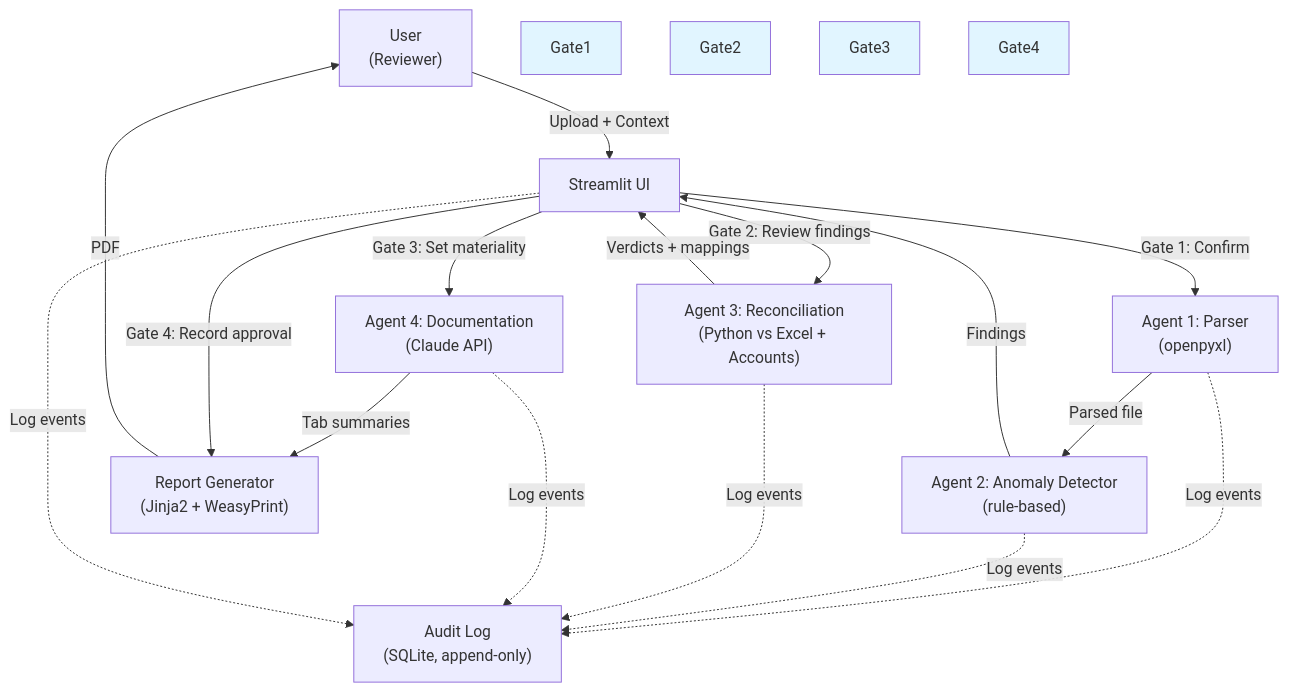
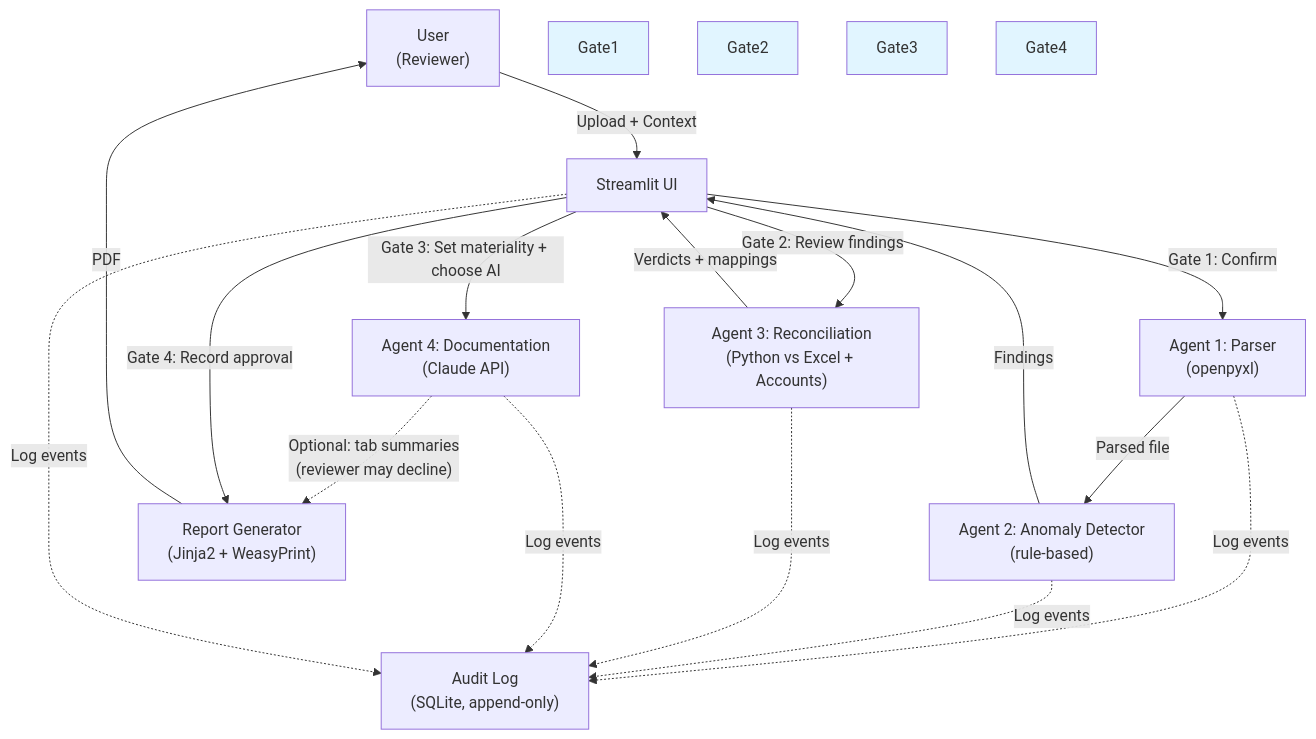
Before and after one commit to ISHUKLA/Excel-Audit-agent: the diagram in README.md, drawn with Mermaid. The commit also changed other lines of this file and 2 other files, not shown here.

````diff
--- a/README.md
+++ b/README.md
@@ -121,33 +120,33 @@
 ```mermaid
 graph TB
     User["User<br/>(Reviewer)"]
     UI["Streamlit UI"]
     Parser["Agent 1: Parser<br/>(openpyxl)"]
     Anomaly["Agent 2: Anomaly Detector<br/>(rule-based)"]
     Reconciliation["Agent 3: Reconciliation<br/>(Python vs Excel + Accounts)"]
     Documentation["Agent 4: Documentation<br/>(Claude API)"]
     AuditLog["Audit Log<br/>(SQLite, append-only)"]
     Report["Report Generator<br/>(Jinja2 + WeasyPrint)"]
 
     User -->|Upload + Context| UI
     UI -->|Gate 1: Confirm| Parser
     Parser -->|Parsed file| Anomaly
     Anomaly -->|Findings| UI
     UI -->|Gate 2: Review findings| Reconciliation
     Reconciliation -->|Verdicts + mappings| UI
-    UI -->|Gate 3: Set materiality| Documentation
-    Documentation -->|Tab summaries| Report
+    UI -->|Gate 3: Set materiality + choose AI| Documentation
+    Documentation -.->|"Optional: tab summaries<br/>(reviewer may decline)"| Report
     UI -->|Gate 4: Record approval| Report
     Report -->|PDF| User
 
     Parser -.->|Log events| AuditLog
     Anomaly -.->|Log events| AuditLog
     Reconciliation -.->|Log events| AuditLog
     Documentation -.->|Log events| AuditLog
     UI -.->|Log events| AuditLog
 
     style Gate1 fill:#e1f5ff
     style Gate2 fill:#e1f5ff
     style Gate3 fill:#e1f5ff
     style Gate4 fill:#e1f5ff
 ```
````
